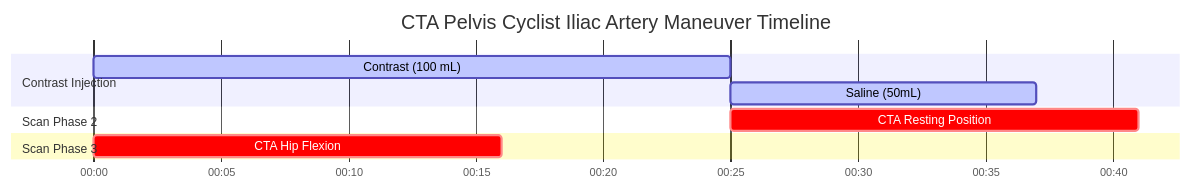
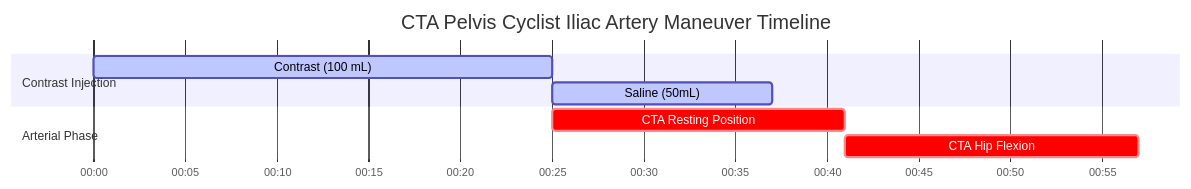
Before and after one commit to dfergs93/radiology-protocols: the diagram in docs/ct/vascular/cta-pelvis-cyclist-iliac-artery-maneuver.md, drawn with Mermaid. The commit also changed other lines of this file and 79 other files, not shown here.

````diff
--- a/docs/ct/vascular/cta-pelvis-cyclist-iliac-artery-maneuver.md
+++ b/docs/ct/vascular/cta-pelvis-cyclist-iliac-artery-maneuver.md
@@ -83,18 +82,18 @@
   ```mermaid
   ---
   config:
     theme: default
   ---
     gantt
       title CTA Pelvis Cyclist Iliac Artery Maneuver Timeline
       dateFormat mm:ss
       axisFormat %M:%S 
       
       section Contrast Injection
       Contrast (100 mL)    :active, contrast, 00:00, 25s
       Saline (50mL)          :active, saline, after contrast, 12s
-      section Scan Phase 2
-      CTA Resting Position    :crit, scan2, 00:25, 16s
-      section Scan Phase 3
-      CTA Hip Flexion    :crit, scan3, after scan1, 16s
+      section Arterial Phase
+      CTA Resting Position    :crit, scan1, 00:25, 16s
+      section Arterial Phase
+      CTA Hip Flexion    :crit, scan2, after scan1, 16s
   ```
````
